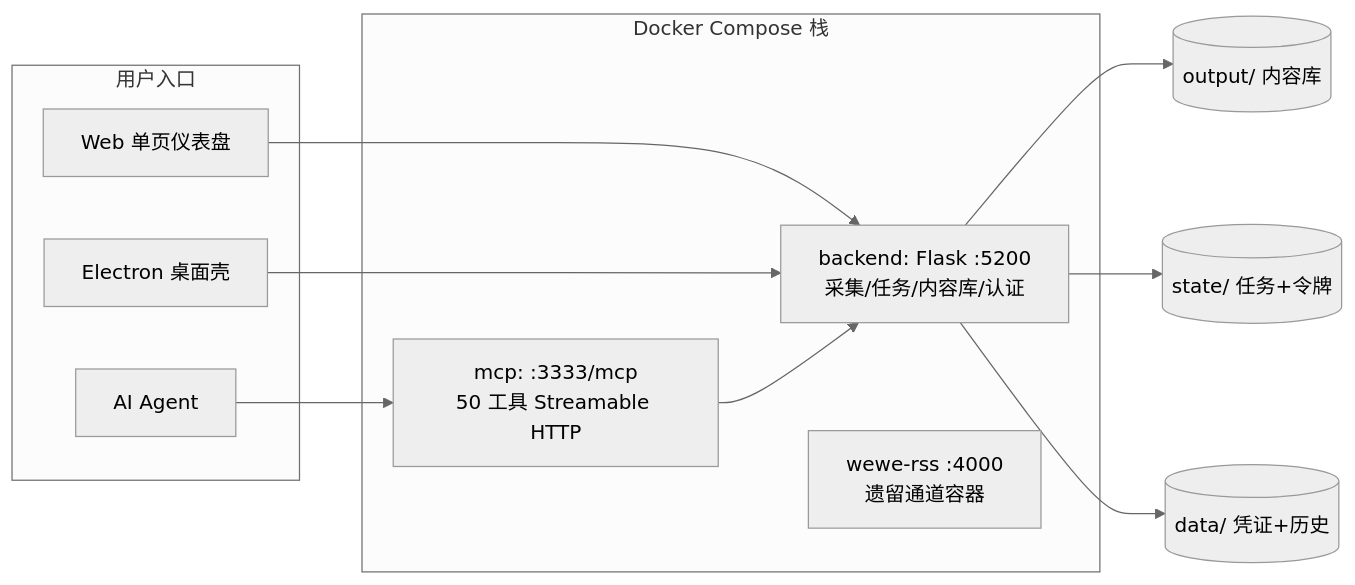
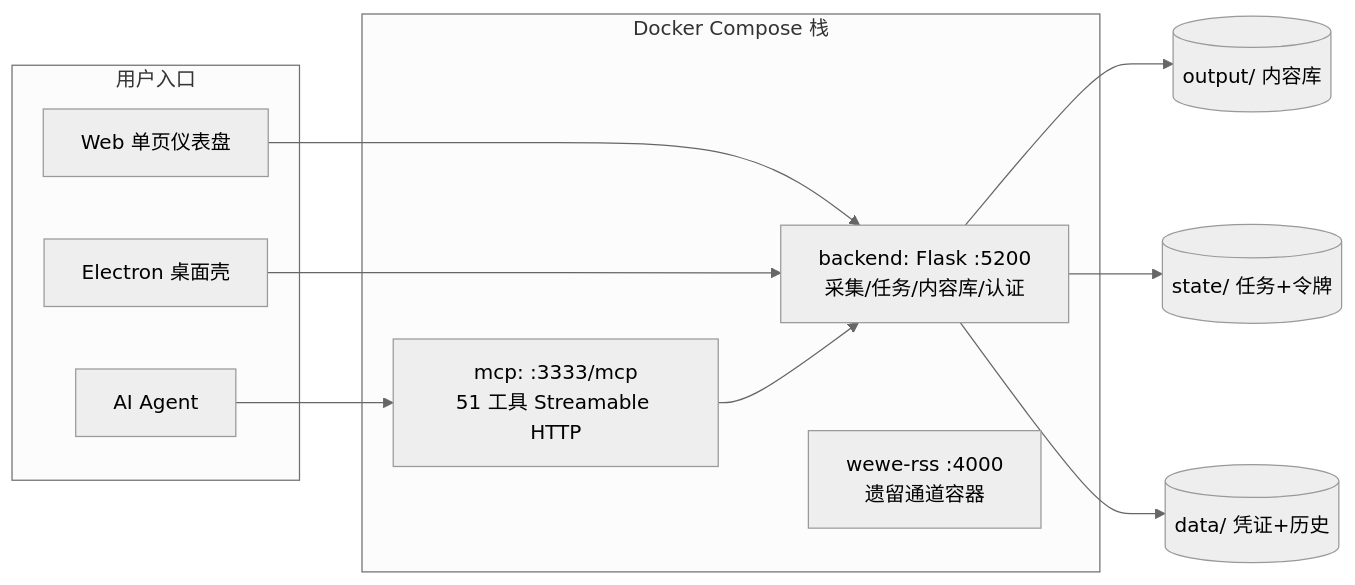
The diagram in docs/架构文档.md (zhengxingSong/content-collect-workbench), drawn with Mermaid (neutral theme) before and after one commit. The commit also changed other lines of this file and 15 other files, not shown here.

````diff
--- a/docs/架构文档.md
+++ b/docs/架构文档.md
@@ -20,19 +20,19 @@
 ```mermaid
 flowchart LR
     subgraph 用户入口
         UI[Web 单页仪表盘]
         EL[Electron 桌面壳]
         AG[AI Agent]
     end
     subgraph Docker Compose 栈
         BE[backend: Flask :5200<br/>采集/任务/内容库/认证]
-        MCP[mcp: :3333/mcp<br/>50 工具 Streamable HTTP]
+        MCP[mcp: :3333/mcp<br/>51 工具 Streamable HTTP]
         WR[wewe-rss :4000<br/>遗留通道容器]
     end
     UI --> BE
     EL --> BE
     AG --> MCP --> BE
     BE --> OUT[(output/ 内容库)]
     BE --> ST[(state/ 任务+令牌)]
     BE --> DA[(data/ 凭证+历史)]
 ```
````
